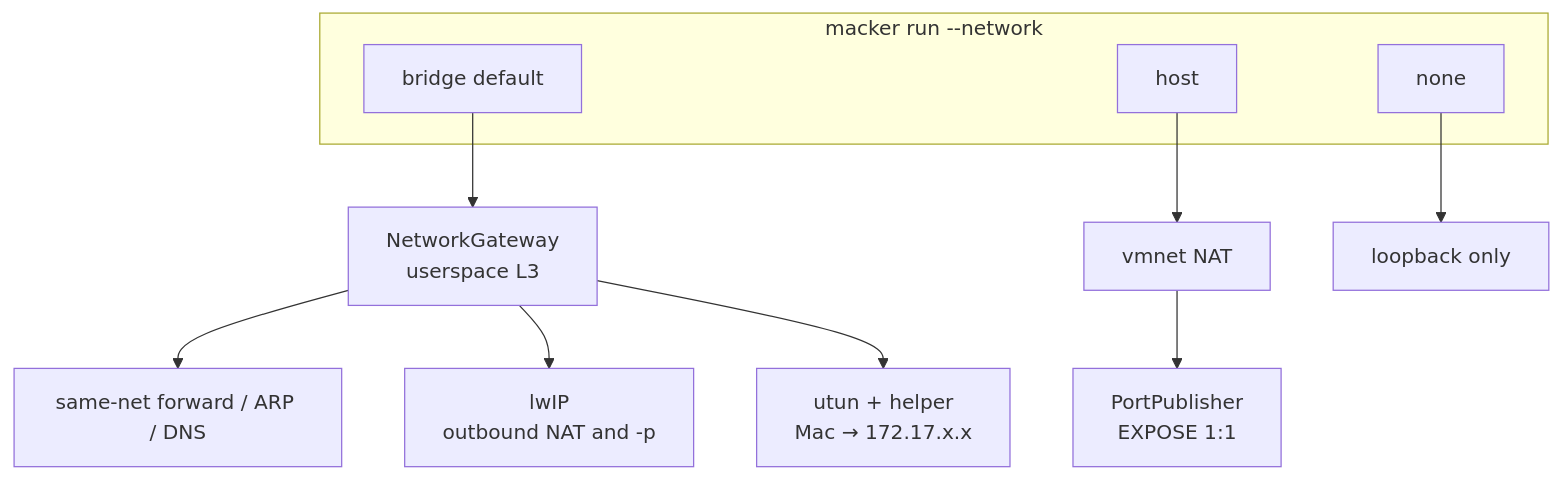
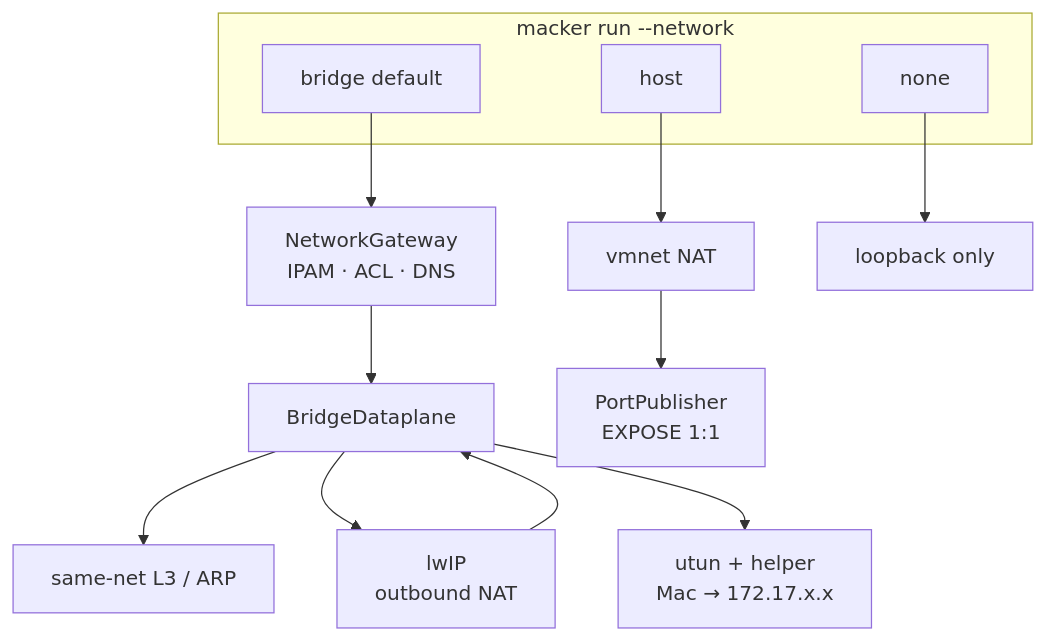
The first of 4 diagrams in docs/networking.md (macker-io/macker), drawn with Mermaid before and after one commit. The commit also changed other lines of this file and 15 other files, not shown here.

First line of the commit message:
Keep bridge packet I/O off the gateway actor, and publish -p over utun when the helper is up.

````diff
--- a/docs/networking.md
+++ b/docs/networking.md
@@ -17,18 +17,20 @@
 ```mermaid
 flowchart TB
   subgraph pick["macker run --network"]
     B["bridge default"]
     H["host"]
     N["none"]
   end
 
-  B --> GW["NetworkGateway<br/>userspace L3"]
-  GW --> SAME["same-net forward / ARP / DNS"]
-  GW --> LW["lwIP<br/>outbound NAT and -p"]
-  GW --> UT["utun + helper<br/>Mac → 172.17.x.x"]
+  B --> GW["NetworkGateway<br/>IPAM · ACL · DNS"]
+  GW --> DP["BridgeDataplane"]
+  DP --> SAME["same-net L3 / ARP"]
+  DP --> LW["lwIP<br/>outbound NAT"]
+  DP --> UT["utun + helper<br/>Mac → 172.17.x.x"]
+  LW --> DP
 
   H --> VM["vmnet NAT"]
   VM --> PP["PortPublisher<br/>EXPOSE 1:1"]
 
   N --> X["loopback only"]
 ```
````
